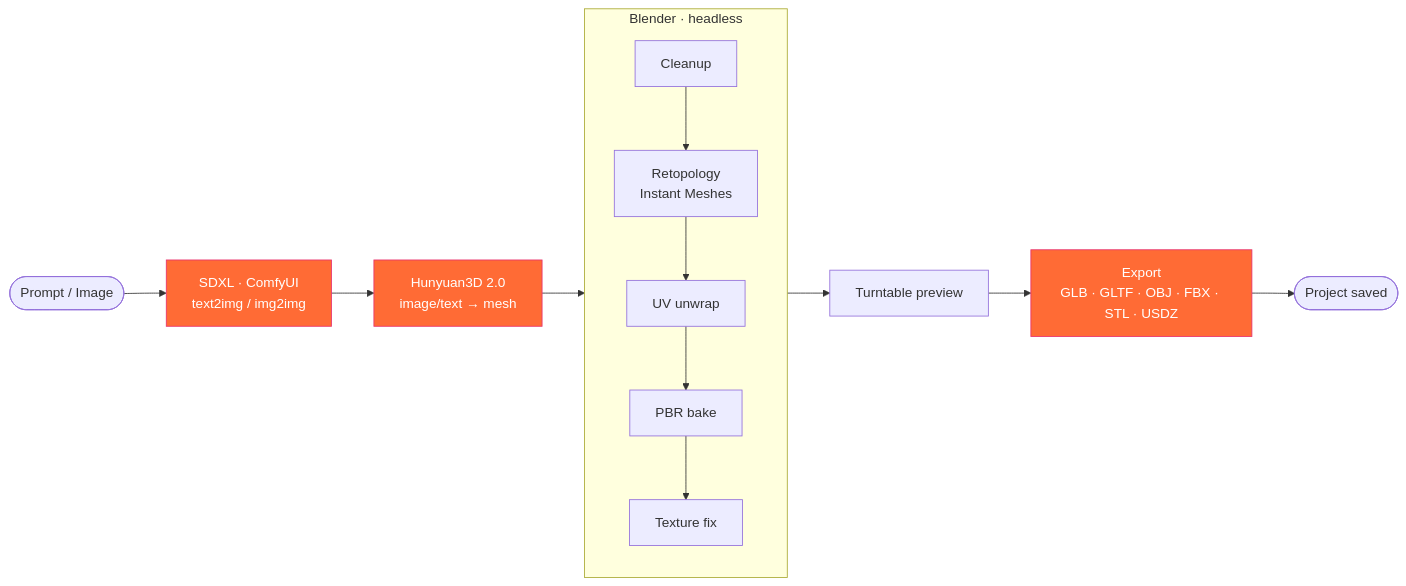
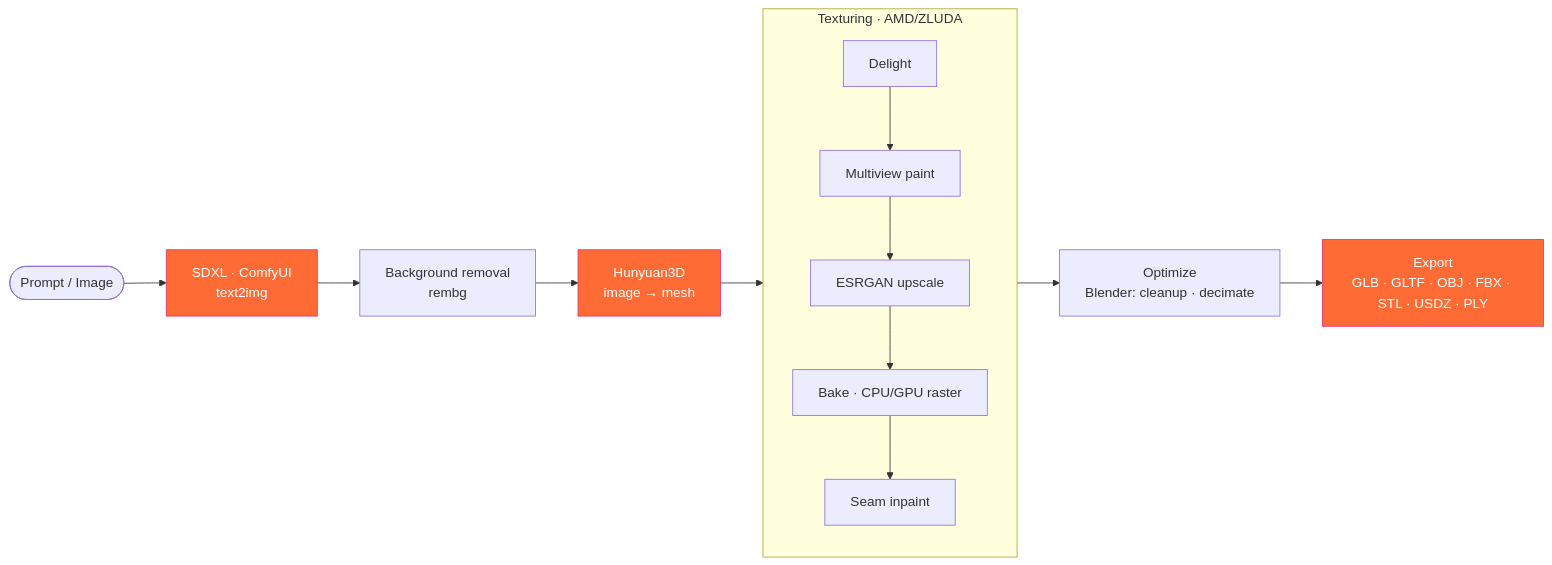
The first of 2 diagrams in README.md (SnoWz96x/meshforge), drawn with Mermaid before and after one commit. The commit also changed other lines of this file and 2 other files, not shown here.

First line of the commit message:
docs: refresh README + ROADMAP + tracking to current state

````diff
--- a/README.md
+++ b/README.md
@@ -53,18 +67,18 @@
 ```mermaid
 flowchart LR
-    P([Prompt / Image]) --> SDXL[SDXL · ComfyUI<br/>text2img / img2img]
-    SDXL --> H3D[Hunyuan3D 2.0<br/>image/text → mesh]
-    H3D --> BL
+    P([Prompt / Image]) --> SDXL[SDXL · ComfyUI<br/>text2img]
+    SDXL --> BG[Background removal<br/>rembg]
+    BG --> H3D[Hunyuan3D<br/>image → mesh]
+    H3D --> TX
 
-    subgraph BL [Blender · headless]
+    subgraph TX [Texturing · AMD/ZLUDA]
       direction TB
-      C[Cleanup] --> R[Retopology<br/>Instant Meshes] --> U[UV unwrap] --> BK[PBR bake] --> TX[Texture fix]
+      D[Delight] --> PT[Multiview paint] --> UP[ESRGAN upscale] --> BK[Bake · CPU/GPU raster] --> IN[Seam inpaint]
     end
 
-    BL --> PV[Turntable preview]
-    PV --> EX[Export<br/>GLB · GLTF · OBJ · FBX · STL · USDZ]
-    EX --> DONE([Project saved])
+    TX --> OPT[Optimize<br/>Blender: cleanup · decimate]
+    OPT --> EX[Export<br/>GLB · GLTF · OBJ · FBX · STL · USDZ · PLY]
 
     classDef hot fill:#FF6B35,stroke:#E8336D,color:#fff;
     class SDXL,H3D,EX hot;
 ```
````
